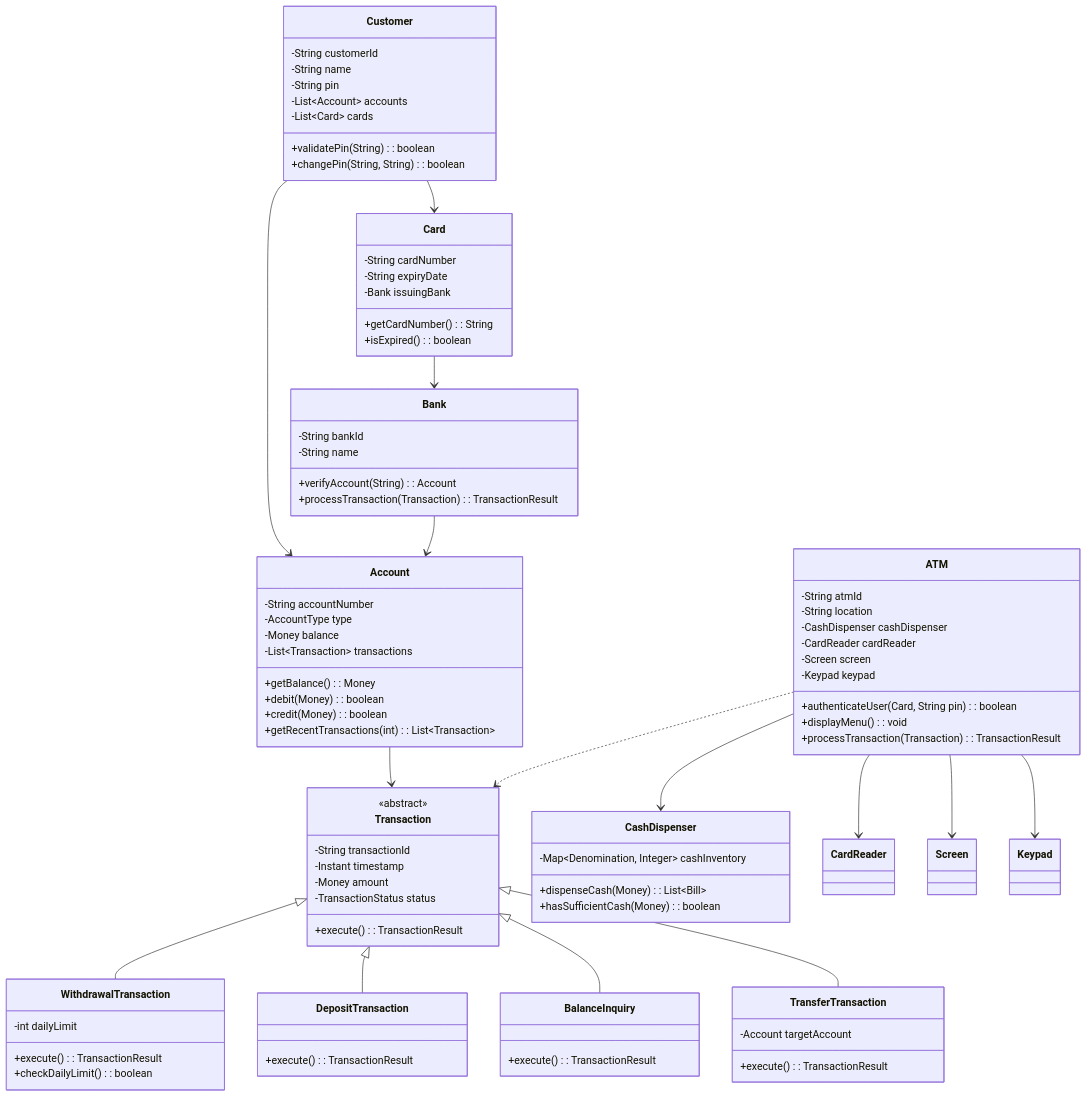
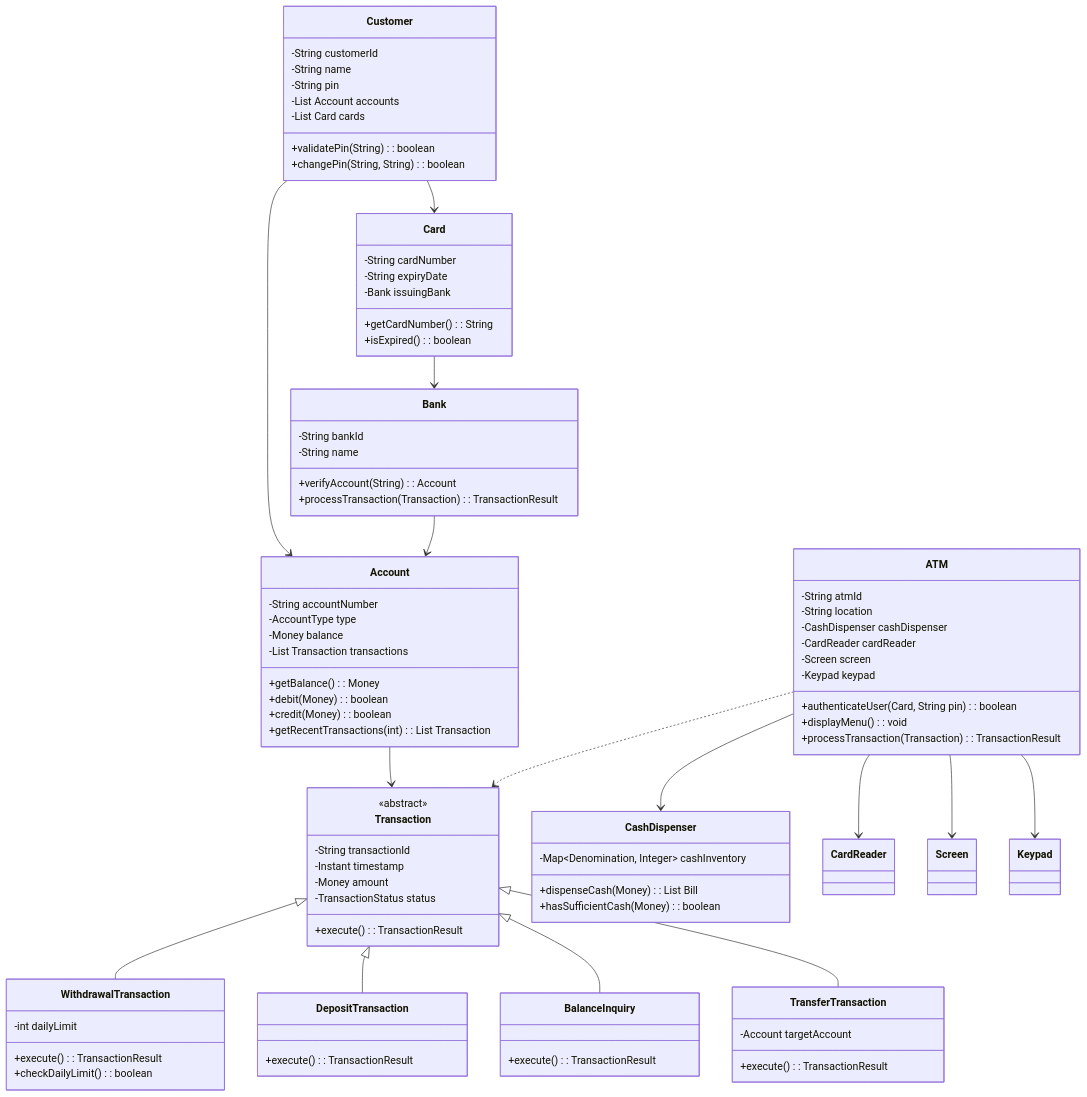
The first of 9 diagrams in docs/week1/day3/EXERCISE_SOLUTIONS.md (dlkr18/lld-playbook), drawn with Mermaid before and after one commit. The commit also changed other lines of this file and 26 other files, not shown here.

First line of the commit message:
Fix Mermaid v10 syntax errors in class diagrams.

```diff
--- a/docs/week1/day3/EXERCISE_SOLUTIONS.md
+++ b/docs/week1/day3/EXERCISE_SOLUTIONS.md
@@ -30,19 +30,19 @@
         -String accountNumber
         -AccountType type
         -Money balance
-        -List~Transaction~ transactions
+        -List Transaction transactions
         +getBalance(): Money
         +debit(Money): boolean
         +credit(Money): boolean
-        +getRecentTransactions(int): List~Transaction~
+        +getRecentTransactions(int): List Transaction
     }
 
     class Customer {
         -String customerId
         -String name
         -String pin
-        -List~Account~ accounts
-        -List~Card~ cards
+        -List Account accounts
+        -List Card cards
         +validatePin(String): boolean
         +changePin(String, String): boolean
     }
@@ -77,7 +77,7 @@
 
     class CashDispenser {
         -Map~Denomination, Integer~ cashInventory
-        +dispenseCash(Money): List~Bill~
+        +dispenseCash(Money): List Bill
         +hasSufficientCash(Money): boolean
     }
 
```
